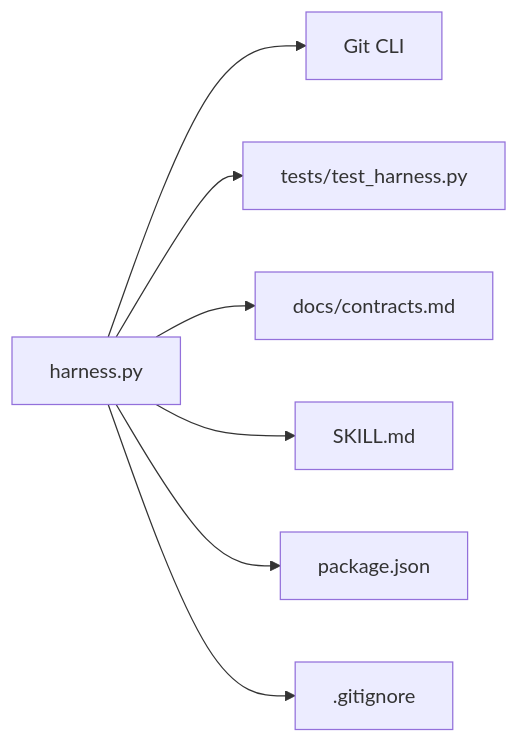
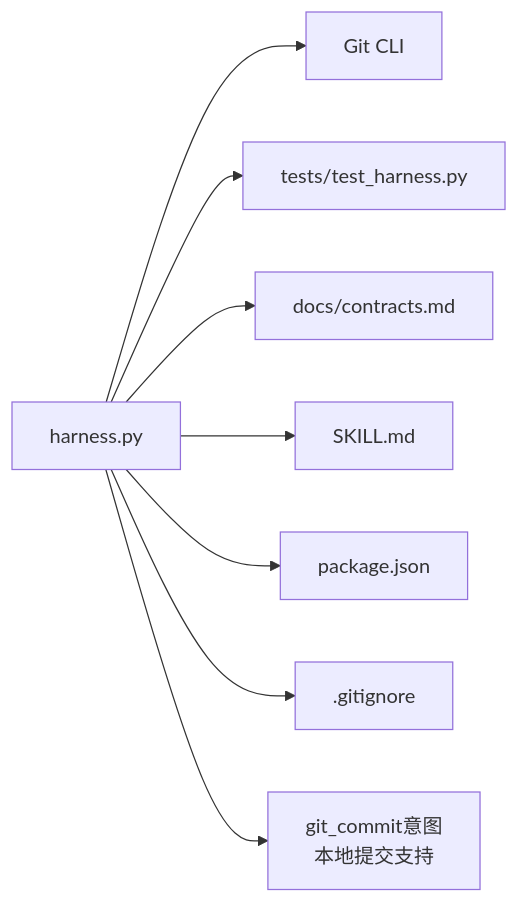
One commit to HackSing/docs-harness changed the seventh of 7 diagrams in .qoder/repowiki/zh/content/Git集成/Git集成.md. Above: the diagram before and after it, drawn with Mermaid. The commit also changed other lines of this file and 26 other files, not shown here.

````diff
--- a/.qoder/repowiki/zh/content/Git集成/Git集成.md
+++ b/.qoder/repowiki/zh/content/Git集成/Git集成.md
@@ -248,9 +311,10 @@
 ```mermaid
 graph LR
 P["harness.py"] --> G["Git CLI"]
 P --> T["tests/test_harness.py"]
 P --> C["docs/contracts.md"]
 P --> S["SKILL.md"]
 P --> PKG["package.json"]
 P --> GI[".gitignore"]
+P --> GC["git_commit意图<br/>本地提交支持"]
 ```
````
